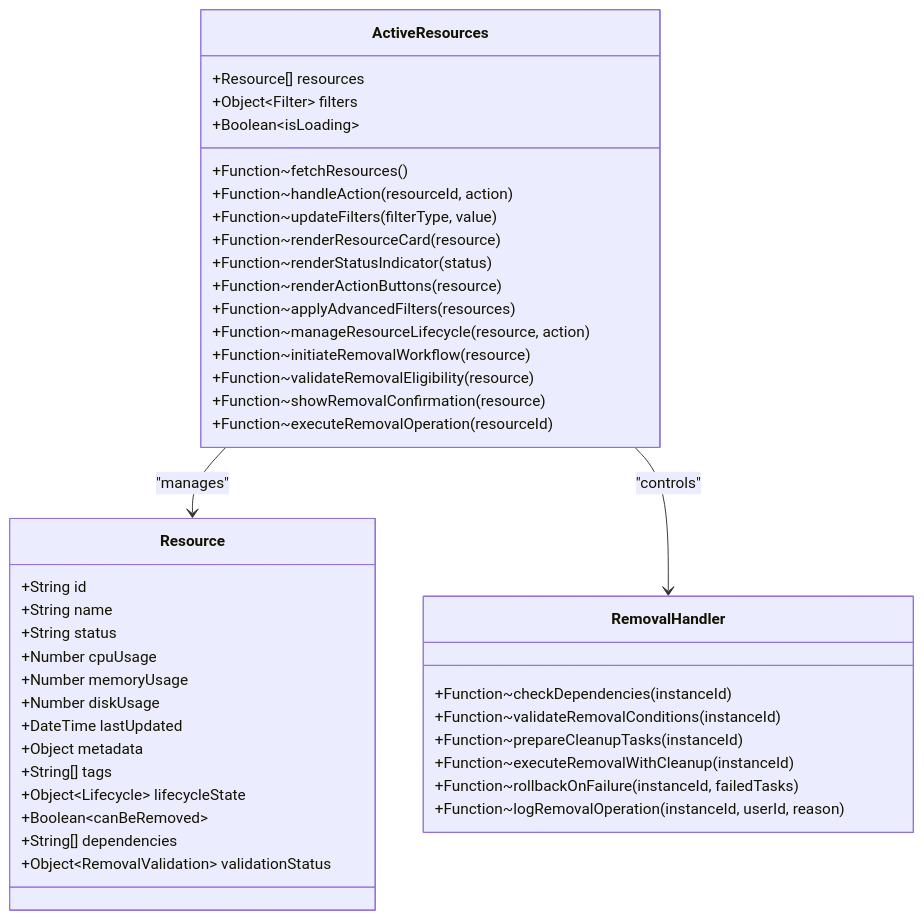
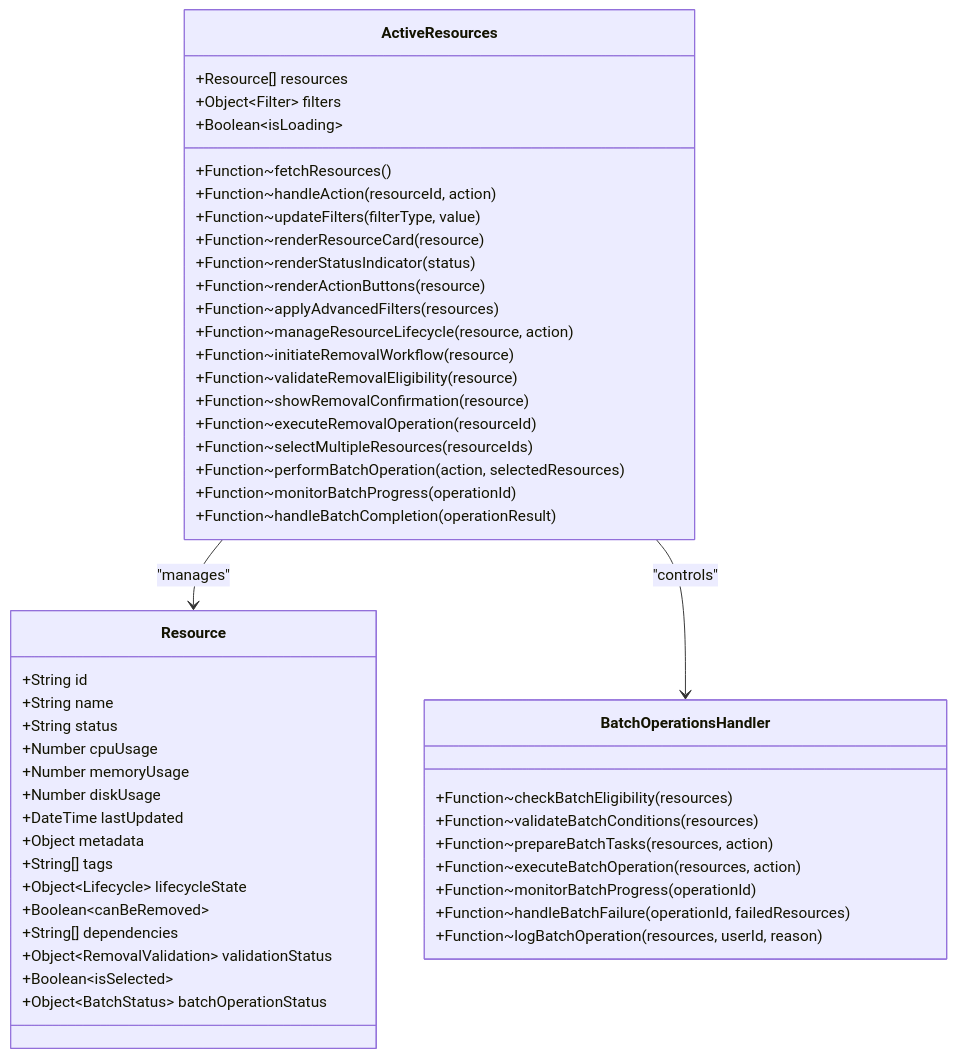
The third of 6 diagrams in .qoder/repowiki/en/content/Frontend Development/Page Components & Routing/Active Resource Monitoring.md (14Lucifer/hackathon_ecs_creator), drawn with Mermaid before and after one commit. The commit also changed other lines of this file and 96 other files, not shown here.

````diff
--- a/.qoder/repowiki/en/content/Frontend Development/Page Components & Routing/Active Resource Monitoring.md
+++ b/.qoder/repowiki/en/content/Frontend Development/Page Components & Routing/Active Resource Monitoring.md
@@ -206,45 +208,52 @@
 ```mermaid
 classDiagram
 class ActiveResources {
 +Resource[] resources
 +Object~Filter~ filters
 +Boolean~isLoading~
 +Function~fetchResources()
 +Function~handleAction(resourceId, action)
 +Function~updateFilters(filterType, value)
 +Function~renderResourceCard(resource)
 +Function~renderStatusIndicator(status)
 +Function~renderActionButtons(resource)
 +Function~applyAdvancedFilters(resources)
 +Function~manageResourceLifecycle(resource, action)
 +Function~initiateRemovalWorkflow(resource)
 +Function~validateRemovalEligibility(resource)
 +Function~showRemovalConfirmation(resource)
 +Function~executeRemovalOperation(resourceId)
++Function~selectMultipleResources(resourceIds)
++Function~performBatchOperation(action, selectedResources)
++Function~monitorBatchProgress(operationId)
++Function~handleBatchCompletion(operationResult)
 }
 class Resource {
 +String id
 +String name
 +String status
 +Number cpuUsage
 +Number memoryUsage
 +Number diskUsage
 +DateTime lastUpdated
 +Object metadata
 +String[] tags
 +Object~Lifecycle~ lifecycleState
 +Boolean~canBeRemoved~
 +String[] dependencies
 +Object~RemovalValidation~ validationStatus
++Boolean~isSelected~
++Object~BatchStatus~ batchOperationStatus
 }
-class RemovalHandler {
-+Function~checkDependencies(instanceId)
-+Function~validateRemovalConditions(instanceId)
-+Function~prepareCleanupTasks(instanceId)
-+Function~executeRemovalWithCleanup(instanceId)
-+Function~rollbackOnFailure(instanceId, failedTasks)
-+Function~logRemovalOperation(instanceId, userId, reason)
+class BatchOperationsHandler {
++Function~checkBatchEligibility(resources)
++Function~validateBatchConditions(resources)
++Function~prepareBatchTasks(resources, action)
++Function~executeBatchOperation(resources, action)
++Function~monitorBatchProgress(operationId)
++Function~handleBatchFailure(operationId, failedResources)
++Function~logBatchOperation(resources, userId, reason)
 }
 ActiveResources --> Resource : "manages"
-ActiveResources --> RemovalHandler : "controls"
+ActiveResources --> BatchOperationsHandler : "controls"
 ```
````
